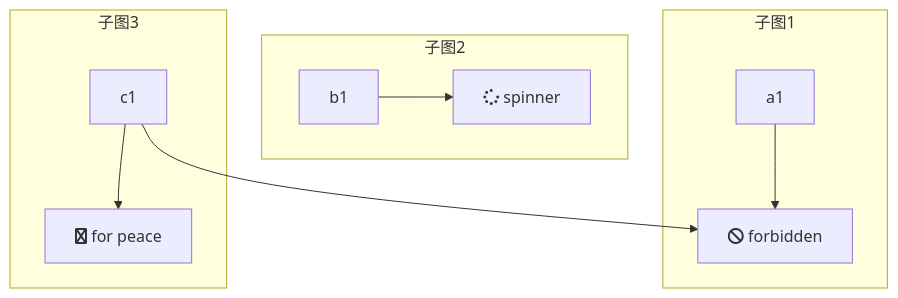
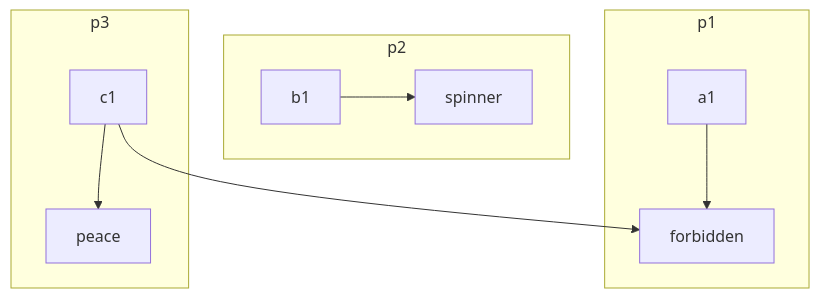
Diagram 12 of 12 in _posts/2019-01-09-Mermaid画流程图语法.md (montanus2019/montanus2019.github.io), drawn with Mermaid before and after one commit. The commit also changed other lines of this file and 4 other files, not shown here.

```diff
--- a/_posts/2019-01-09-Mermaid画流程图语法.md
+++ b/_posts/2019-01-09-Mermaid画流程图语法.md
@@ -252,13 +254,13 @@
 <div class="mermaid">
 	graph TB
-		subgraph 子图1
-		a1 -->a2[fa:fa-ban forbidden]
+		subgraph p1
+		a1-->a2[forbidden]
 		end
-		subgraph 子图2
-		b1-->b2[fa:fa-spinner spinner]
+		subgraph p2
+		b1-->b2[spinner]
 		end
-		subgraph 子图3
-		c1-->c2["fa:fa-twitter for peace"]
+		subgraph p3
+		c1-->c2[peace]
 		end
 		c1-->a2
 </div>
```
